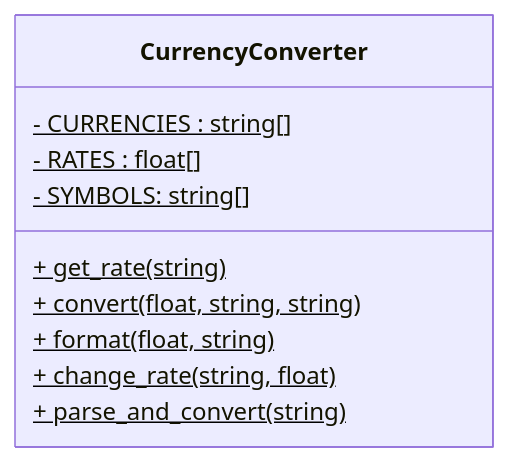
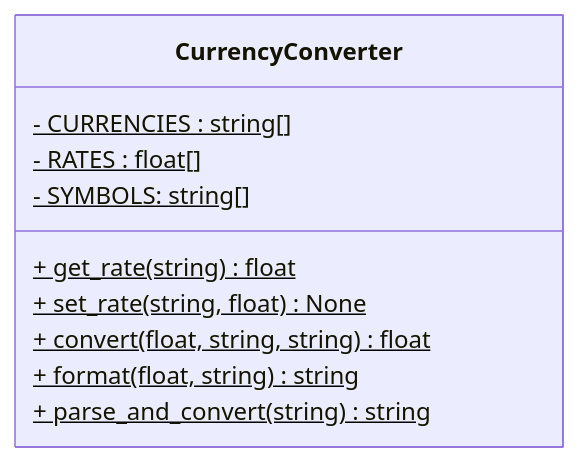
One commit to isf-dp-cs/isf-dp-cs.github.io changed the diagram in content/new_syllabus/unit_03_oop/07_static_methods/_index.md. Above: the diagram before and after it, drawn with Mermaid.

```diff
--- a/content/new_syllabus/unit_03_oop/07_static_methods/_index.md
+++ b/content/new_syllabus/unit_03_oop/07_static_methods/_index.md
@@ -55,16 +55,16 @@
 {{< mermaid >}}
 
 classDiagram
     
     class CurrencyConverter {
-        - CURRENCIES : string[]$
+        - CURRENCIES : string[]$ 
         - RATES : float[]$
         - SYMBOLS: string[]$
-        + get_rate(string)$
-        + convert(float, string, string)$
-        + format(float, string)$
-        + change_rate(string, float)$
-        + parse_and_convert(string)$
+        + get_rate(string) float $ 
+        + set_rate(string, float) None$
+        + convert(float, string, string) float$
+        + format(float, string) string$
+        + parse_and_convert(string) string$
     }
 
 {{< /mermaid >}}
```
